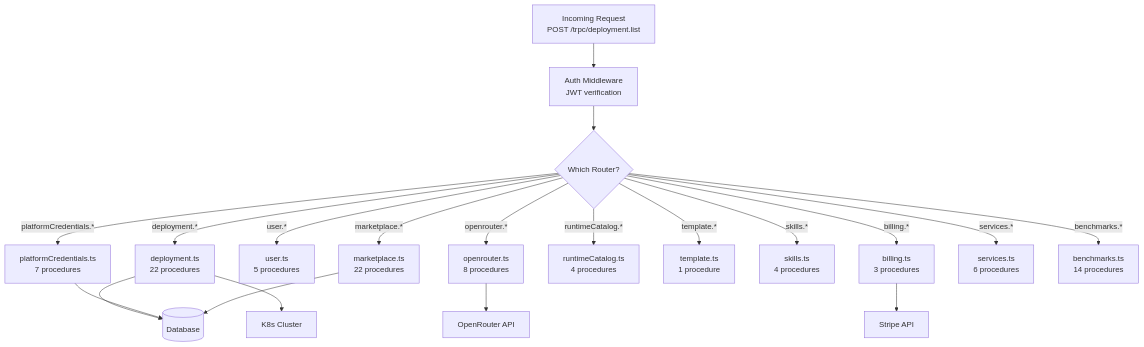
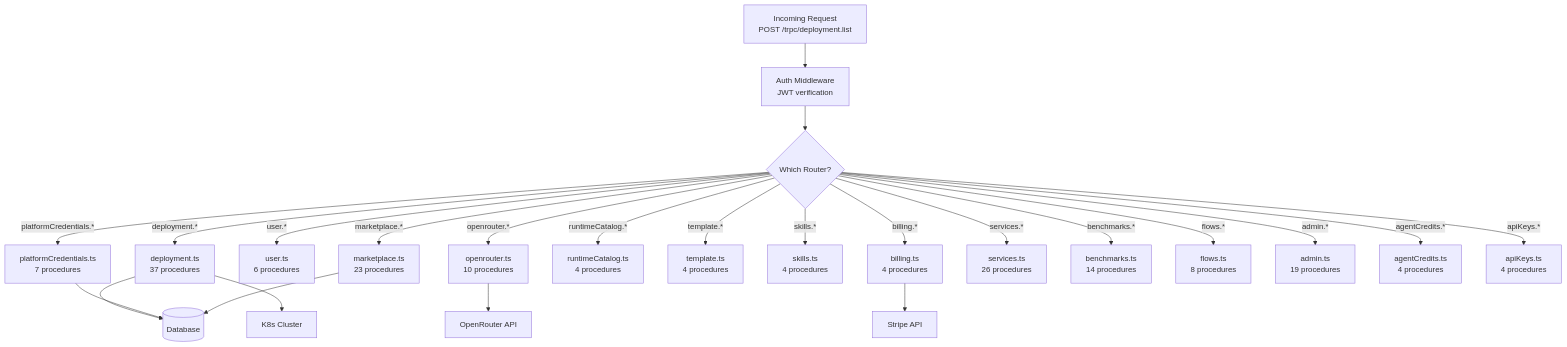
The fifth of 34 diagrams in docs/DEVELOPER-GUIDE.md (Bretthb/jarble), drawn with Mermaid before and after one commit. The commit also changed other lines of this file and 4 other files, not shown here.

````diff
--- a/docs/DEVELOPER-GUIDE.md
+++ b/docs/DEVELOPER-GUIDE.md
@@ -358,24 +361,28 @@
 ```mermaid
 graph TD
     REQ["Incoming Request<br/>POST /trpc/deployment.list"] --> MW["Auth Middleware<br/>JWT verification"]
     MW --> ROUTER{"Which Router?"}
 
-    ROUTER -->|"deployment.*"| DEPLOY["deployment.ts<br/>22 procedures"]
-    ROUTER -->|"openrouter.*"| OR["openrouter.ts<br/>8 procedures"]
-    ROUTER -->|"user.*"| USER["user.ts<br/>5 procedures"]
-    ROUTER -->|"billing.*"| BILL["billing.ts<br/>3 procedures"]
+    ROUTER -->|"deployment.*"| DEPLOY["deployment.ts<br/>37 procedures"]
+    ROUTER -->|"openrouter.*"| OR["openrouter.ts<br/>10 procedures"]
+    ROUTER -->|"user.*"| USER["user.ts<br/>6 procedures"]
+    ROUTER -->|"billing.*"| BILL["billing.ts<br/>4 procedures"]
     ROUTER -->|"platformCredentials.*"| PLAT["platformCredentials.ts<br/>7 procedures"]
     ROUTER -->|"runtimeCatalog.*"| RUNTIME["runtimeCatalog.ts<br/>4 procedures"]
-    ROUTER -->|"template.*"| TMPL["template.ts<br/>1 procedure"]
+    ROUTER -->|"template.*"| TMPL["template.ts<br/>4 procedures"]
     ROUTER -->|"skills.*"| SKILLS["skills.ts<br/>4 procedures"]
-    ROUTER -->|"marketplace.*"| MKT["marketplace.ts<br/>22 procedures"]
-    ROUTER -->|"services.*"| SVC["services.ts<br/>6 procedures"]
+    ROUTER -->|"marketplace.*"| MKT["marketplace.ts<br/>23 procedures"]
+    ROUTER -->|"services.*"| SVC["services.ts<br/>26 procedures"]
     ROUTER -->|"benchmarks.*"| BM["benchmarks.ts<br/>14 procedures"]
+    ROUTER -->|"flows.*"| FLOWS["flows.ts<br/>8 procedures"]
+    ROUTER -->|"admin.*"| ADMIN["admin.ts<br/>19 procedures"]
+    ROUTER -->|"agentCredits.*"| AC["agentCredits.ts<br/>4 procedures"]
+    ROUTER -->|"apiKeys.*"| AK["apiKeys.ts<br/>4 procedures"]
 
     DEPLOY --> DB[("Database")]
     DEPLOY --> K8S["K8s Cluster"]
     OR --> ORAPI["OpenRouter API"]
     BILL --> STRIPE_API["Stripe API"]
     PLAT --> DB
     MKT --> DB
 ```
````
